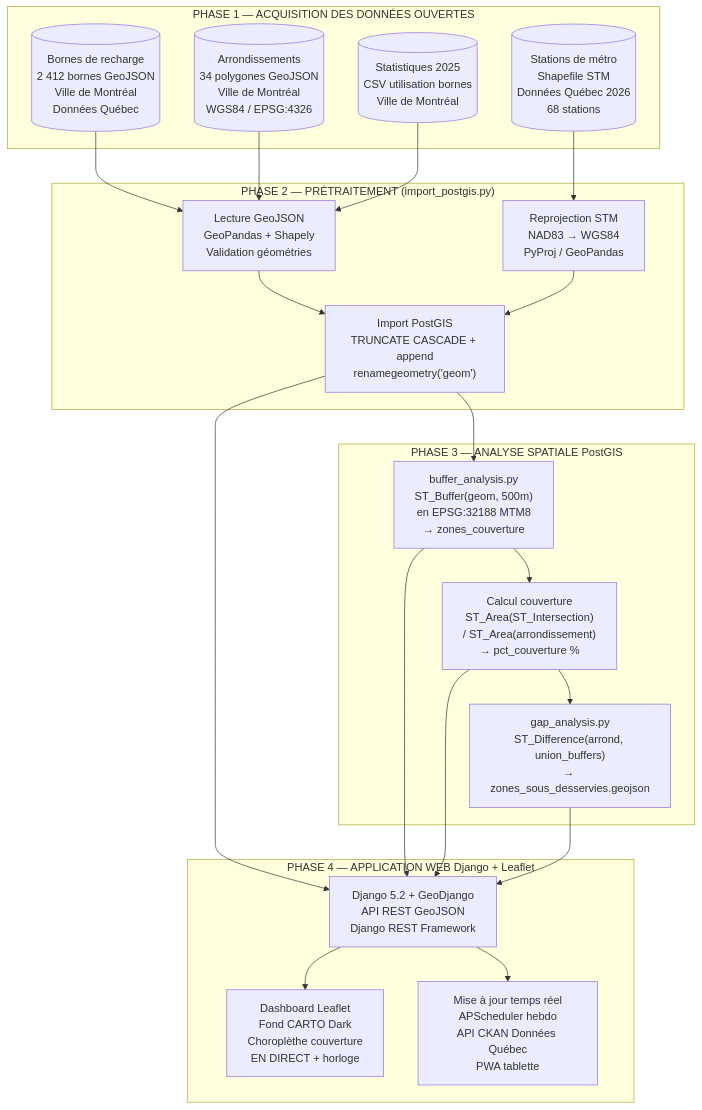
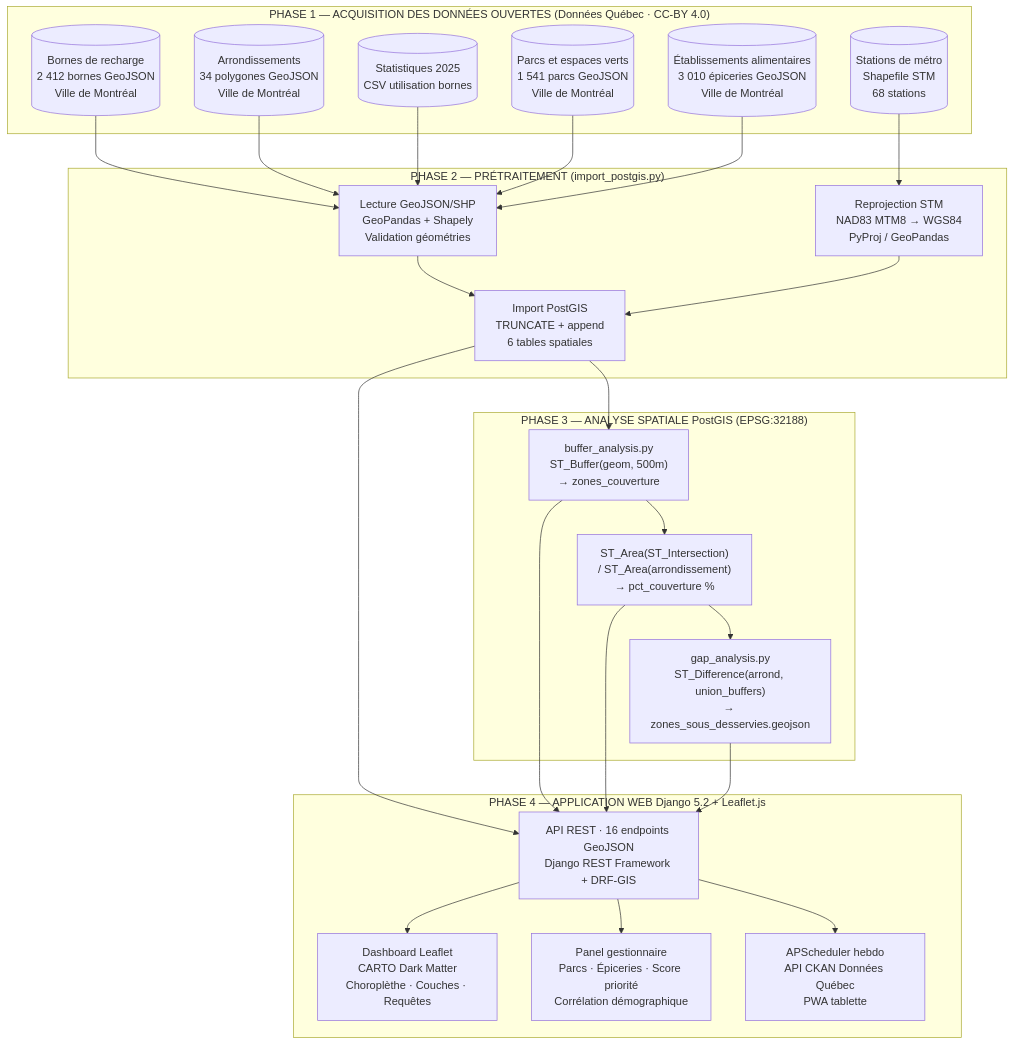
The first of 5 diagrams in DIAGRAMME_MERMAID.md (modou5604501/projet_Session), drawn with Mermaid before and after one commit. The commit also changed other lines of this file and 1 other file, not shown here.

Commit message:
docs: diagrammes Mermaid intégrés dans README + modèle données mis à jour (6 tables)
- README.md : pipeline de traitement converti en diagramme Mermaid flowchart (5 sources de données, 4 phases) ; modèle de données ER ajouté (6 tables : bornes, couverture, arrondissements, metro, parcs, épiceries) ; lien vers DIAGRAMME_MERMAID.md pour les diagrammes complets
- DIAGRAMME_MERMAID.md : pipeline mis à jour avec parcs + épiceries ; modèle ER étendu à 6 tables avec relations ST_DWithin et KNN

````diff
--- a/DIAGRAMME_MERMAID.md
+++ b/DIAGRAMME_MERMAID.md
@@ -15,43 +15,37 @@
 ```mermaid
 flowchart TD
-    subgraph ACQ["PHASE 1 — ACQUISITION DES DONNÉES OUVERTES"]
-        A1[("Bornes de recharge\n2 412 bornes GeoJSON\nVille de Montréal\nDonnées Québec")]
-        A2[("Arrondissements\n34 polygones GeoJSON\nVille de Montréal\nWGS84 / EPSG:4326")]
-        A3[("Stations de métro\nShapefile STM\nDonnées Québec 2026\n68 stations")]
-        A4[("Statistiques 2025\nCSV utilisation bornes\nVille de Montréal")]
+    subgraph ACQ["PHASE 1 — ACQUISITION DES DONNÉES OUVERTES (Données Québec · CC-BY 4.0)"]
+        A1[("Bornes de recharge\n2 412 bornes GeoJSON\nVille de Montréal")]
+        A2[("Arrondissements\n34 polygones GeoJSON\nVille de Montréal")]
+        A3[("Stations de métro\nShapefile STM\n68 stations")]
+        A4[("Statistiques 2025\nCSV utilisation bornes")]
+        A5[("Parcs et espaces verts\n1 541 parcs GeoJSON\nVille de Montréal")]
+        A6[("Établissements alimentaires\n3 010 épiceries GeoJSON\nVille de Montréal")]
     end
 
     subgraph PRE["PHASE 2 — PRÉTRAITEMENT (import_postgis.py)"]
-        B1["Lecture GeoJSON\nGeoPandas + Shapely\nValidation géométries"]
-        B2["Reprojection STM\nNAD83 → WGS84\nPyProj / GeoPandas"]
-        B3["Import PostGIS\nTRUNCATE CASCADE + append\nrenamegeometry('geom')"]
+        B1["Lecture GeoJSON/SHP\nGeoPandas + Shapely\nValidation géométries"]
+        B2["Reprojection STM\nNAD83 MTM8 → WGS84\nPyProj / GeoPandas"]
+        B3["Import PostGIS\nTRUNCATE + append\n6 tables spatiales"]
     end
 
-    subgraph ANA["PHASE 3 — ANALYSE SPATIALE PostGIS"]
-        C1["buffer_analysis.py\nST_Buffer(geom, 500m)\nen EPSG:32188 MTM8\n→ zones_couverture"]
-        C2["Calcul couverture\nST_Area(ST_Intersection)\n/ ST_Area(arrondissement)\n→ pct_couverture %"]
+    subgraph ANA["PHASE 3 — ANALYSE SPATIALE PostGIS (EPSG:32188)"]
+        C1["buffer_analysis.py\nST_Buffer(geom, 500m)\n→ zones_couverture"]
+        C2["ST_Area(ST_Intersection)\n/ ST_Area(arrondissement)\n→ pct_couverture %"]
         C3["gap_analysis.py\nST_Difference(arrond, union_buffers)\n→ zones_sous_desservies.geojson"]
     end
 
-    subgraph WEB["PHASE 4 — APPLICATION WEB Django + Leaflet"]
-        D1["Django 5.2 + GeoDjango\nAPI REST GeoJSON\nDjango REST Framework"]
-        D2["Dashboard Leaflet\nFond CARTO Dark\nChoroplèthe couverture\nEN DIRECT + horloge"]
-        D3["Mise à jour temps réel\nAPScheduler hebdo\nAPI CKAN Données Québec\nPWA tablette"]
+    subgraph WEB["PHASE 4 — APPLICATION WEB Django 5.2 + Leaflet.js"]
+        D1["API REST · 16 endpoints GeoJSON\nDjango REST Framework + DRF-GIS"]
+        D2["Dashboard Leaflet\nCARTO Dark Matter\nChoroplèthe · Couches · Requêtes"]
+        D3["Panel gestionnaire\nParcs · Épiceries · Score priorité\nCorrélation démographique"]
+        D4["APScheduler hebdo\nAPI CKAN Données Québec\nPWA tablette"]
     end
 
-    A1 --> B1
-    A2 --> B1
+    A1 & A2 & A4 & A5 & A6 --> B1
     A3 --> B2
-    A4 --> B1
-    B1 --> B3
-    B2 --> B3
-    B3 --> C1
-    C1 --> C2
-    C2 --> C3
-    B3 --> D1
-    C1 --> D1
-    C2 --> D1
-    C3 --> D1
-    D1 --> D2
-    D1 --> D3
+    B1 & B2 --> B3
+    B3 --> C1 --> C2 --> C3
+    B3 & C1 & C2 & C3 --> D1
+    D1 --> D2 & D3 & D4
 ```
````
